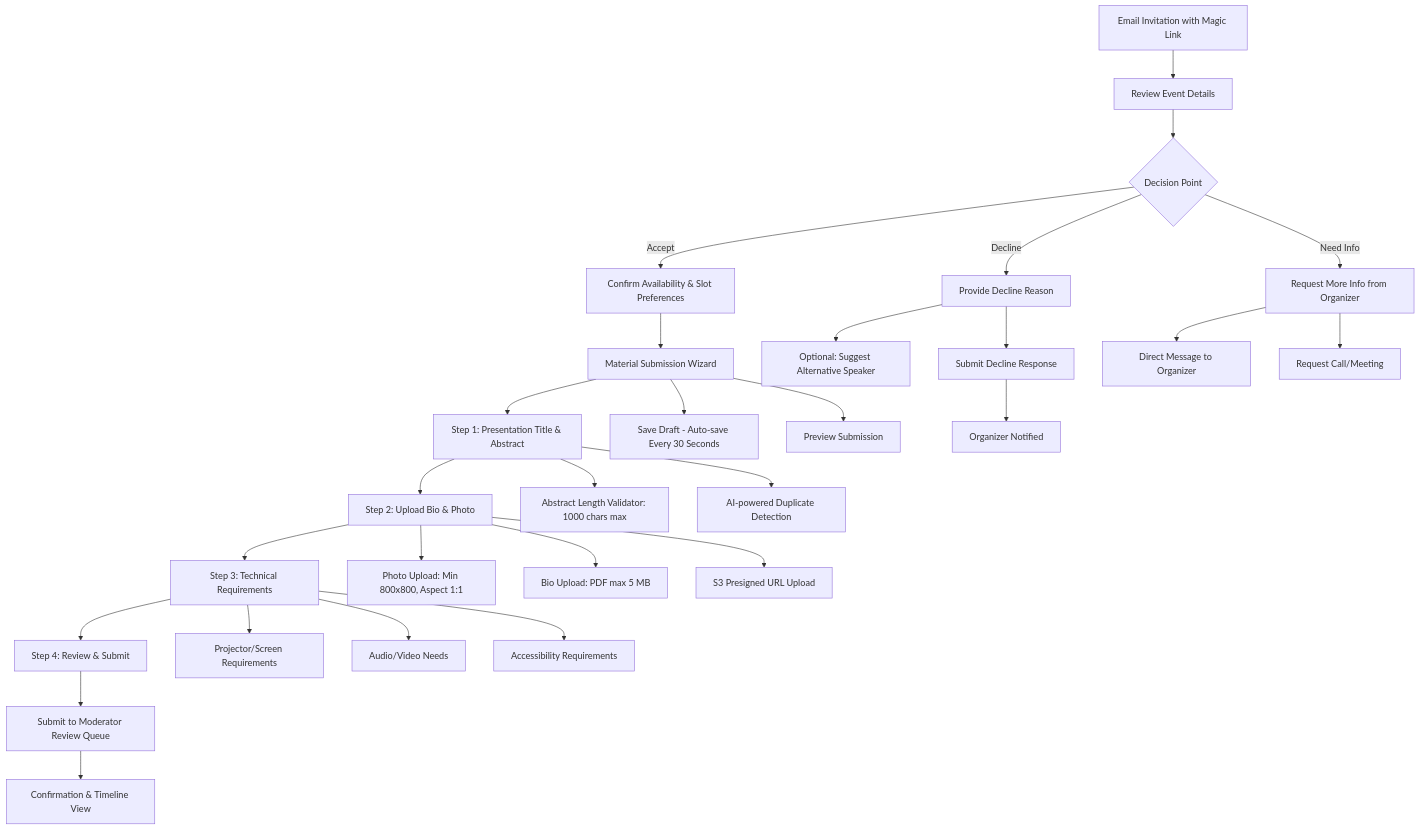
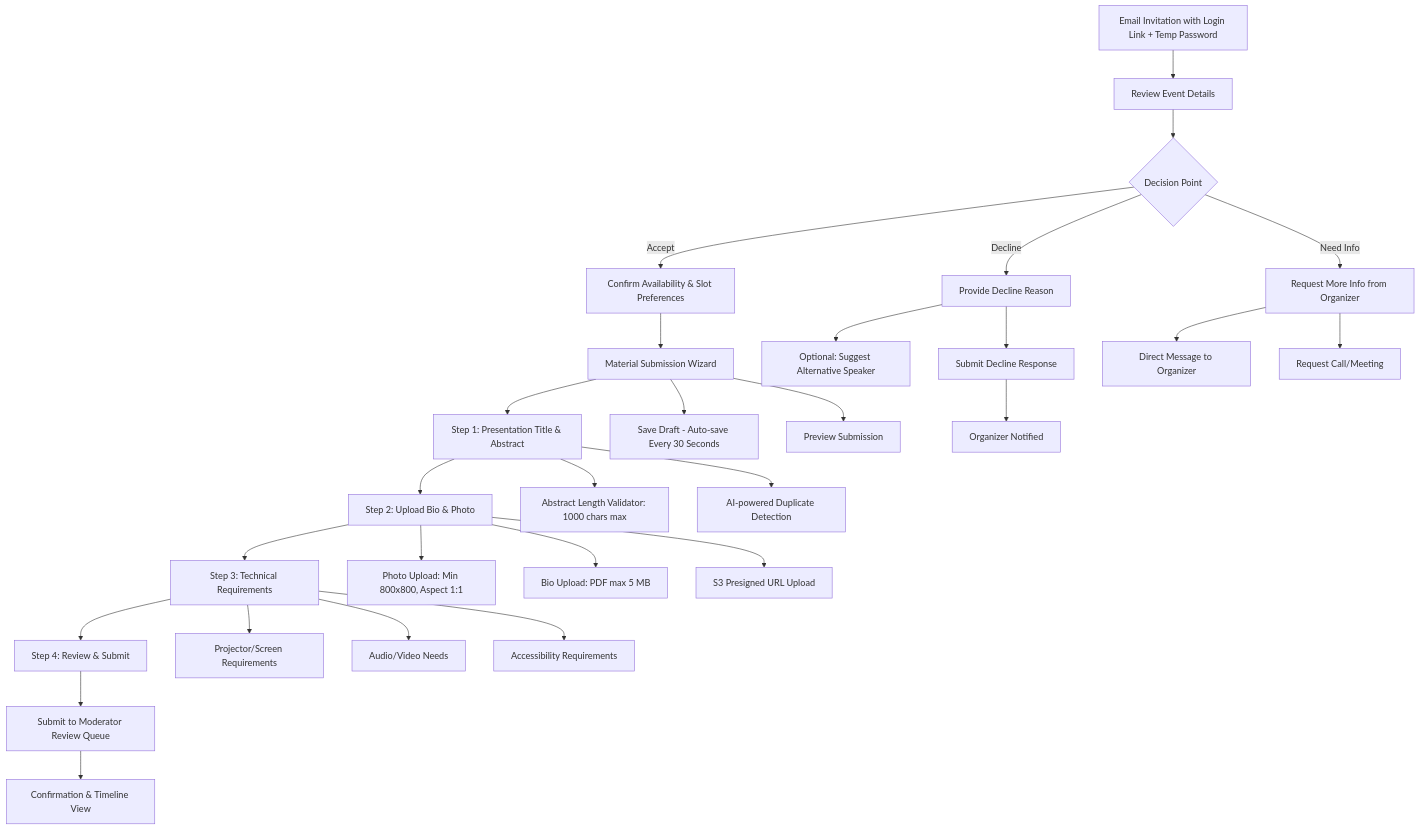
Before and after one commit to nissimbuchs/BATbern2: the third of 5 diagrams in docs/front-end-spec.md, drawn with Mermaid. The commit also changed other lines of this file and 20 other files, not shown here.

````diff
--- a/docs/front-end-spec.md
+++ b/docs/front-end-spec.md
@@ -294,38 +294,38 @@
 ```mermaid
 graph TD
-    A[Email Invitation with Magic Link] --> B[Review Event Details]
+    A[Email Invitation with Login Link + Temp Password] --> B[Review Event Details]
     B --> C{Decision Point}
 
     C -->|Accept| D[Confirm Availability & Slot Preferences]
     C -->|Decline| E[Provide Decline Reason]
     C -->|Need Info| F[Request More Info from Organizer]
 
     D --> G[Material Submission Wizard]
     G --> H[Step 1: Presentation Title & Abstract]
     H --> I[Step 2: Upload Bio & Photo]
     I --> J[Step 3: Technical Requirements]
     J --> K[Step 4: Review & Submit]
     K --> L[Submit to Moderator Review Queue]
     L --> M[Confirmation & Timeline View]
 
     E --> E1[Optional: Suggest Alternative Speaker]
     E --> E2[Submit Decline Response]
     E2 --> E3[Organizer Notified]
 
     F --> F1[Direct Message to Organizer]
     F --> F2[Request Call/Meeting]
 
     G --> G1[Save Draft - Auto-save Every 30 Seconds]
     G --> G2[Preview Submission]
 
     H --> H1[Abstract Length Validator: 1000 chars max]
     H --> H2[AI-powered Duplicate Detection]
 
     I --> I1[Photo Upload: Min 800x800, Aspect 1:1]
     I --> I2[Bio Upload: PDF max 5 MB]
     I --> I3[S3 Presigned URL Upload]
 
     J --> J1[Projector/Screen Requirements]
     J --> J2[Audio/Video Needs]
     J --> J3[Accessibility Requirements]
 ```
````
